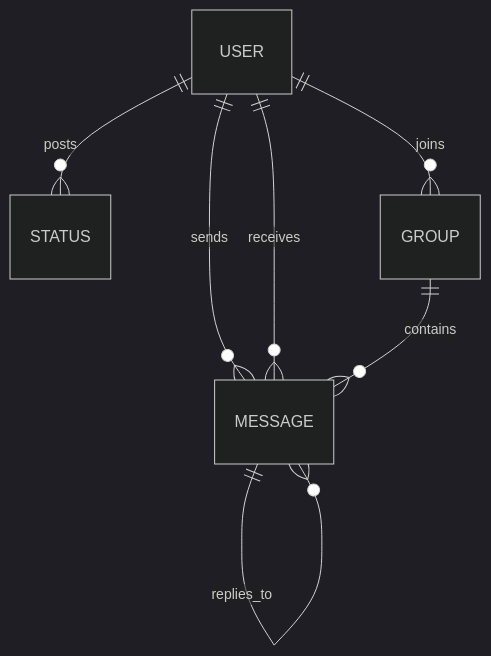
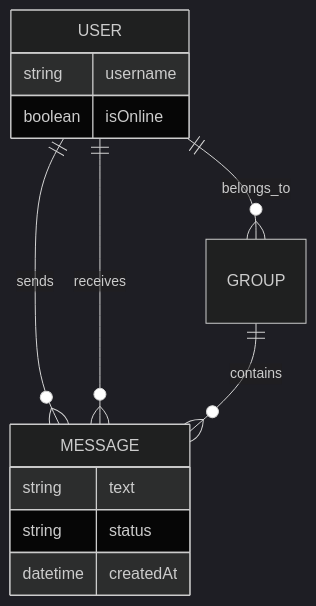
The third of 3 diagrams in README.md (prawinkumar2k/whatsapp-web-clone), drawn with Mermaid (dark theme) before and after one commit. The commit also changed other lines of this file, not shown here.

````diff
--- a/README.md
+++ b/README.md
@@ -254,9 +195,16 @@
 ```mermaid
 erDiagram
-  USER ||--o{ MESSAGE : sends
-  USER ||--o{ MESSAGE : receives
-  USER ||--o{ STATUS : posts
-  USER ||--o{ GROUP : joins
-  GROUP ||--o{ MESSAGE : contains
-  MESSAGE ||--o{ MESSAGE : replies_to
+    USER ||--o{ MESSAGE : sends
+    USER ||--o{ MESSAGE : receives
+    USER ||--o{ GROUP : belongs_to
+    GROUP ||--o{ MESSAGE : contains
+    USER {
+        string username
+        boolean isOnline
+    }
+    MESSAGE {
+        string text
+        string status
+        datetime createdAt
+    }
 ```
````
